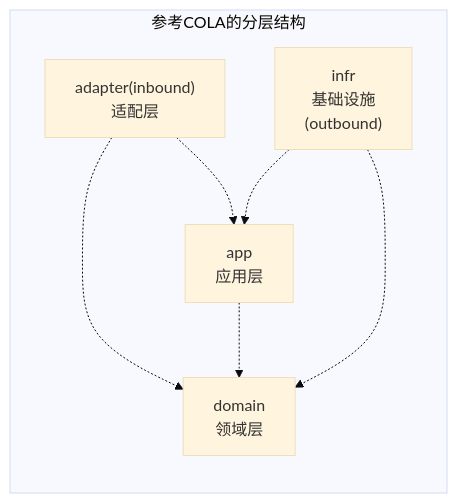
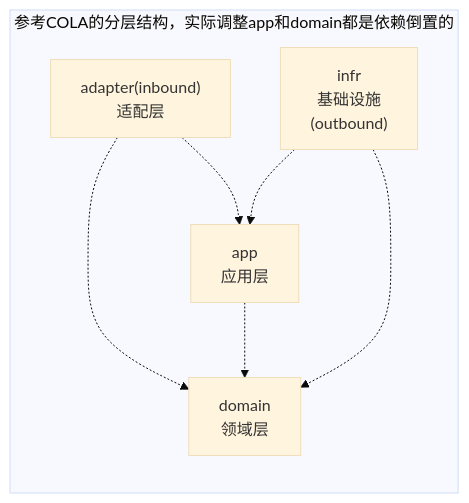
One commit to xianyu-dama/demo changed the diagram in readme.md. Above: the diagram before and after it, drawn with Mermaid (base theme).

````diff
--- a/readme.md
+++ b/readme.md
@@ -51,23 +51,23 @@
 ```mermaid
 flowchart TB
 
     %% 图例
-    subgraph Legend [参考COLA的分层结构]
+    subgraph Legend [参考COLA的分层结构，实际调整app和domain都是依赖倒置的]
         direction TB
 
     %% 节点定义
     InboundAdapter["adapter(inbound)<br/>适配层"]
     APP_LAYER["app<br/>应用层"]
     DOMAIN_LAYER["domain<br/>领域层"]
     INFRA_LAYER["infr<br/>基础设施<br/>(outbound)"]
 
 
     %% 依赖倒置（虚线）
     InboundAdapter -.-> APP_LAYER
     InboundAdapter -.-> DOMAIN_LAYER
     APP_LAYER -.-> DOMAIN_LAYER
     INFRA_LAYER -.-> APP_LAYER
     INFRA_LAYER -.-> DOMAIN_LAYER
 
     end
 ```
````
